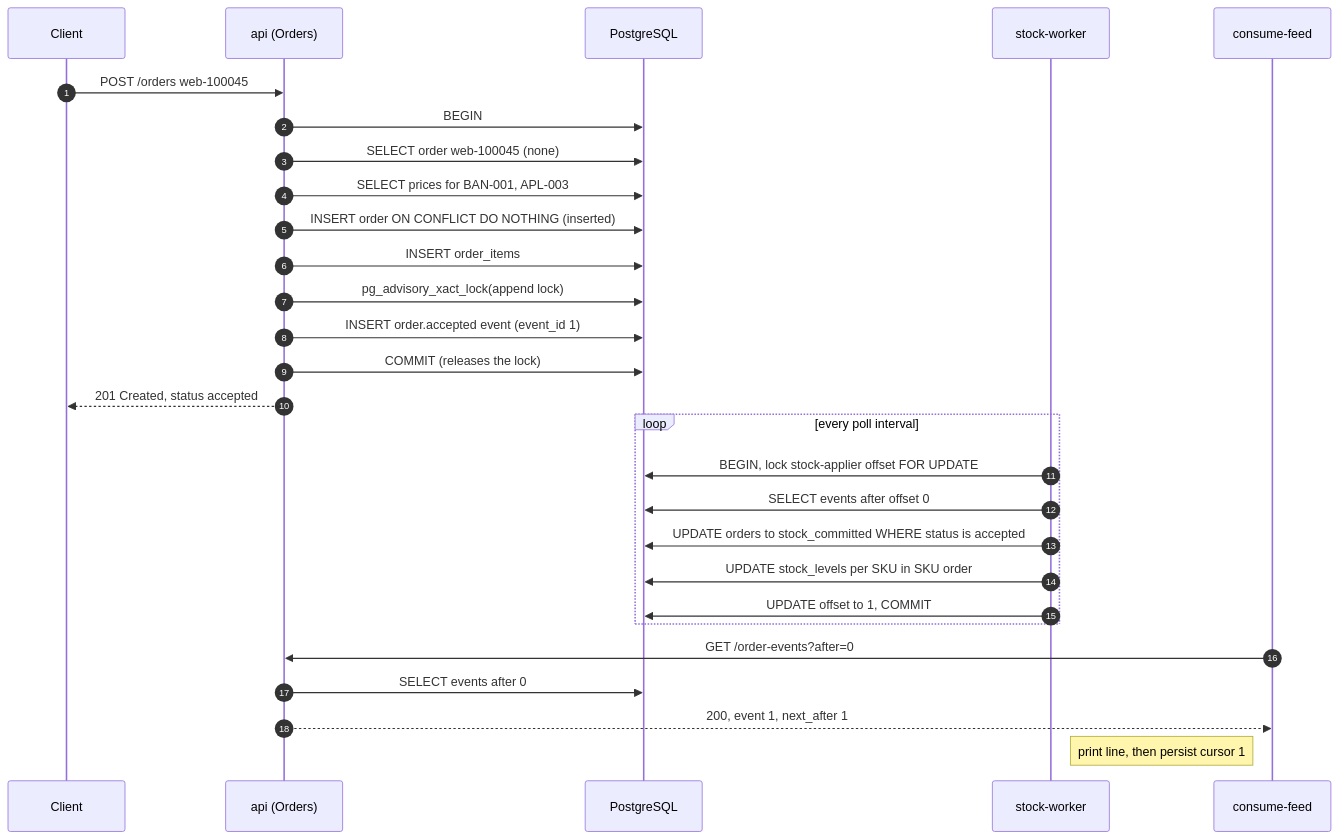
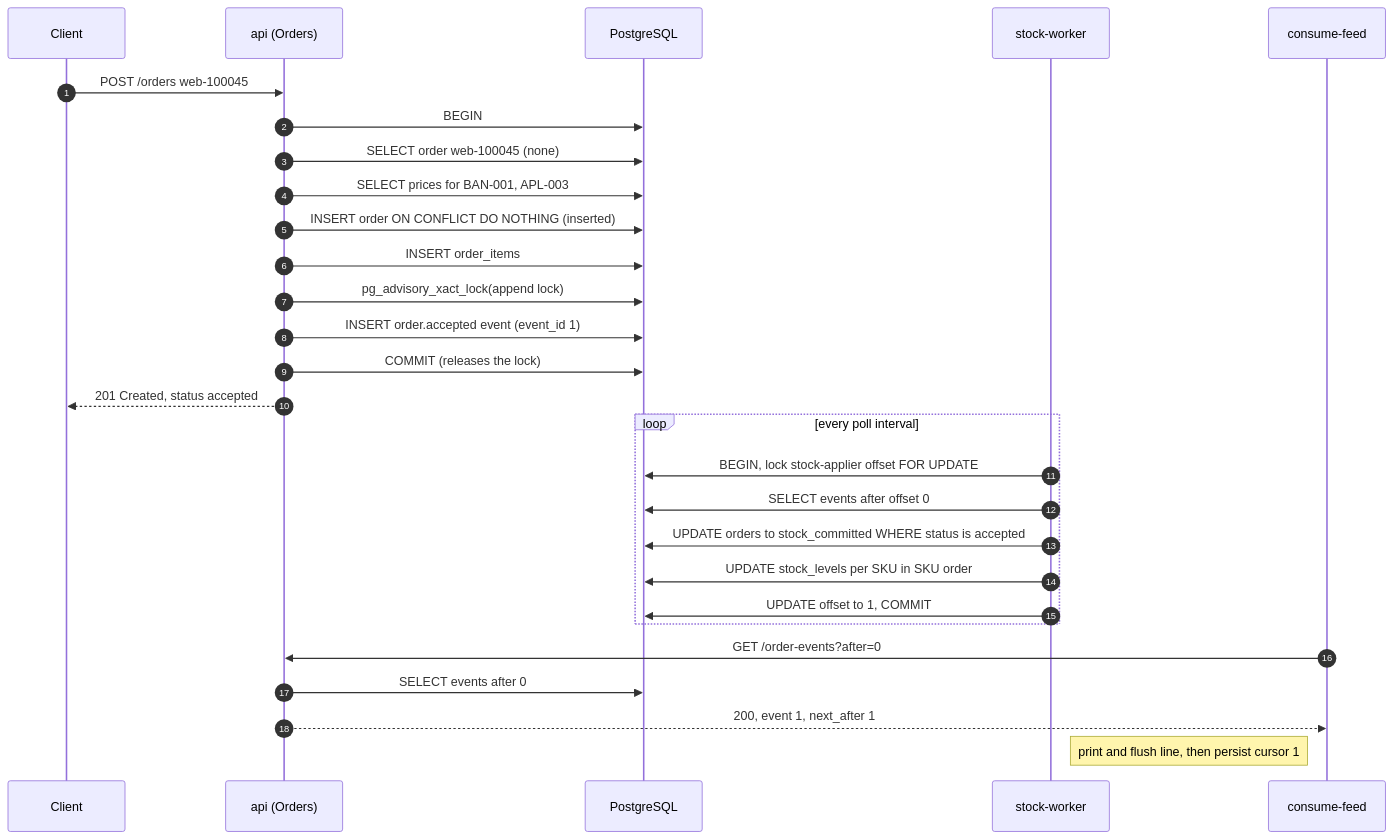
The second of 4 diagrams in specs/03-architecture.md (mbutata/orders-stock-service), drawn with Mermaid before and after one commit. The commit also changed other lines of this file and 7 other files, not shown here.

````diff
--- a/specs/03-architecture.md
+++ b/specs/03-architecture.md
@@ -392,33 +421,33 @@
 ```mermaid
 sequenceDiagram
     autonumber
     participant C as Client
     participant A as api (Orders)
     participant DB as PostgreSQL
     participant W as stock-worker
     participant X as consume-feed
 
     C->>A: POST /orders web-100045
     A->>DB: BEGIN
     A->>DB: SELECT order web-100045 (none)
     A->>DB: SELECT prices for BAN-001, APL-003
     A->>DB: INSERT order ON CONFLICT DO NOTHING (inserted)
     A->>DB: INSERT order_items
     A->>DB: pg_advisory_xact_lock(append lock)
     A->>DB: INSERT order.accepted event (event_id 1)
     A->>DB: COMMIT (releases the lock)
     A-->>C: 201 Created, status accepted
 
     loop every poll interval
         W->>DB: BEGIN, lock stock-applier offset FOR UPDATE
         W->>DB: SELECT events after offset 0
         W->>DB: UPDATE orders to stock_committed WHERE status is accepted
         W->>DB: UPDATE stock_levels per SKU in SKU order
         W->>DB: UPDATE offset to 1, COMMIT
     end
 
     X->>A: GET /order-events?after=0
     A->>DB: SELECT events after 0
     A-->>X: 200, event 1, next_after 1
-    Note left of X: print line, then persist cursor 1
+    Note left of X: print and flush line, then persist cursor 1
 ```
````
